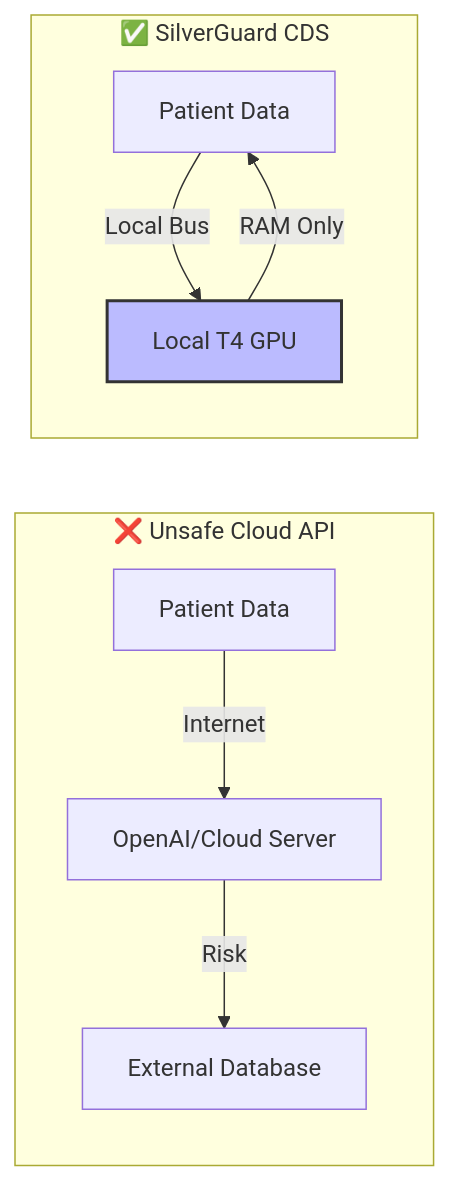
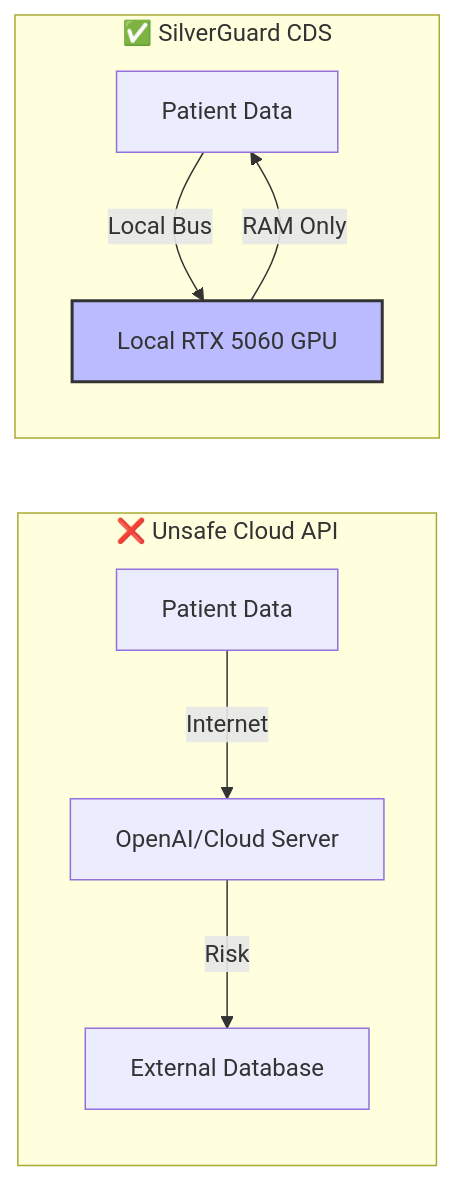
The third of 3 diagrams in README.md (mark941108/SilverGuard_CDS), drawn with Mermaid before and after one commit. The commit also changed other lines of this file, not shown here.

Commit message:
docs: fix mermaid GPU node, remove T4 refs, delete duplicate reproducibility section

````diff
--- a/README.md
+++ b/README.md
@@ -944,13 +944,13 @@
 ```mermaid
 graph LR
     subgraph Cloud_API_GPT4 [❌ Unsafe Cloud API]
         P1[Patient Data] -->|Internet| Server[OpenAI/Cloud Server]
         Server -->|Risk| DB[External Database]
     end
 
     subgraph SilverGuard_CDS [✅ SilverGuard CDS]
-        P2[Patient Data] -->|Local Bus| GPU[Local T4 GPU]
-        GPU -->|RAM Only| P2
+        P2[Patient Data] --> |Local Bus| GPU["Local RTX 5060 GPU"]
+        GPU --> |RAM Only| P2
         style GPU fill:#bbf,stroke:#333,stroke-width:2px
     end
 ```
````
